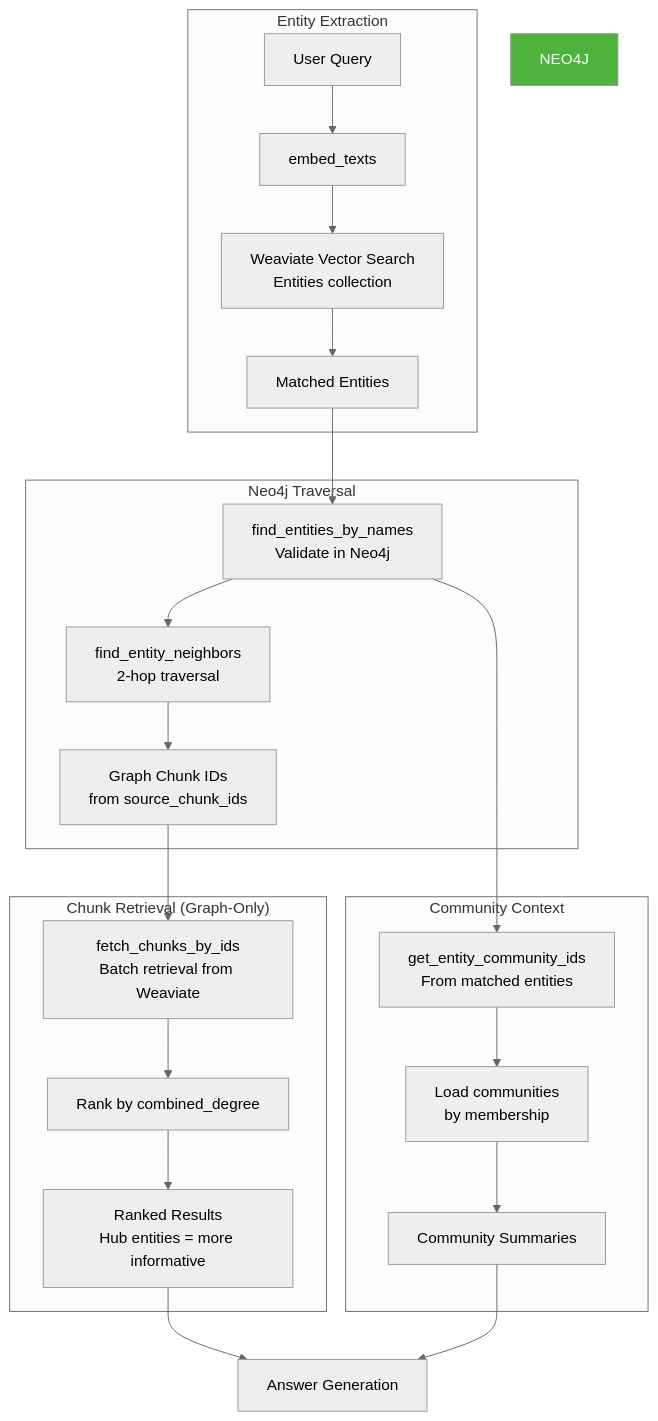
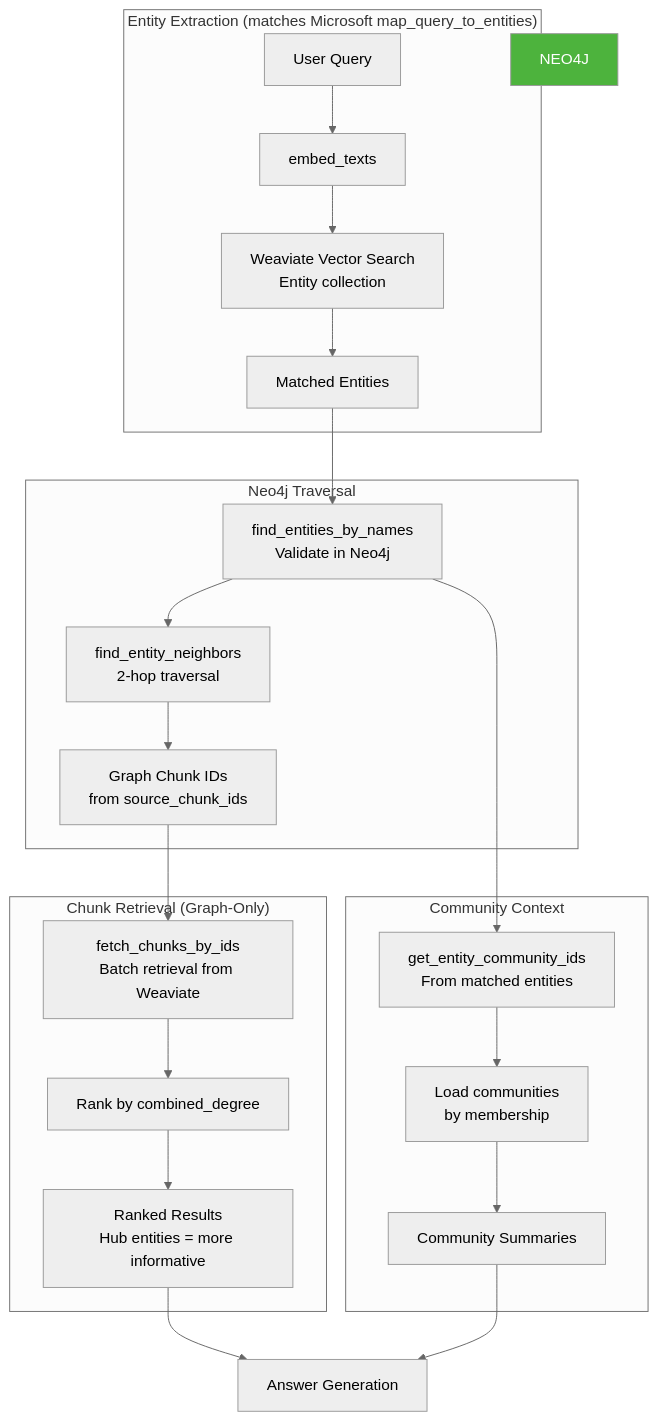
Before and after one commit to crlsrmrlsz/raglab: the seventh of 8 diagrams in memory-bank/graphrag/graphrag_raglab_implementation.md, drawn with Mermaid (neutral theme). The commit also changed other lines of this file and 3 other files, not shown here.

First line of the commit message:
fix(graphrag): remove missing extract_query_entities_llm function

````diff
--- a/memory-bank/graphrag/graphrag_raglab_implementation.md
+++ b/memory-bank/graphrag/graphrag_raglab_implementation.md
@@ -502,31 +504,31 @@
 ```mermaid
 flowchart TB
-    subgraph EntityExtraction["Entity Extraction"]
+    subgraph EntityExtraction["Entity Extraction (matches Microsoft map_query_to_entities)"]
         QUERY[User Query] --> EMBED[embed_texts]
-        EMBED --> SEARCH["Weaviate Vector Search<br/>Entities collection"]
+        EMBED --> SEARCH["Weaviate Vector Search<br/>Entity collection"]
         SEARCH --> ENTITIES[Matched Entities]
     end
 
     subgraph GraphTraversal["Neo4j Traversal"]
         ENTITIES --> VALIDATE[find_entities_by_names<br/>Validate in Neo4j]
         VALIDATE --> TRAVERSE["find_entity_neighbors<br/>2-hop traversal"]
         TRAVERSE --> GRAPH_CHUNKS[Graph Chunk IDs<br/>from source_chunk_ids]
     end
 
     subgraph ChunkRetrieval["Chunk Retrieval (Graph-Only)"]
         GRAPH_CHUNKS --> FETCH[fetch_chunks_by_ids<br/>Batch retrieval from Weaviate]
         FETCH --> RANK_GRAPH["Rank by combined_degree"]
         RANK_GRAPH --> RESULTS[Ranked Results<br/>Hub entities = more informative]
     end
 
     subgraph CommunityContext["Community Context"]
         VALIDATE --> COMM_IDS[get_entity_community_ids<br/>From matched entities]
         COMM_IDS --> LOAD_COMM[Load communities<br/>by membership]
         LOAD_COMM --> CONTEXT[Community Summaries]
     end
 
     RESULTS --> ANSWER[Answer Generation]
     CONTEXT --> ANSWER
 
     style NEO4J fill:#4db33d,color:white
 ```
````
